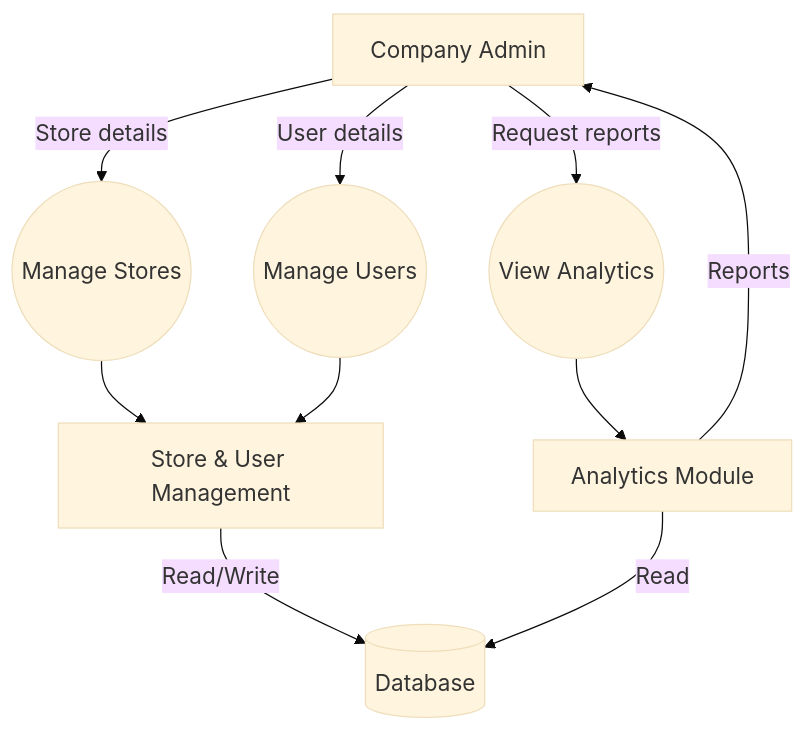
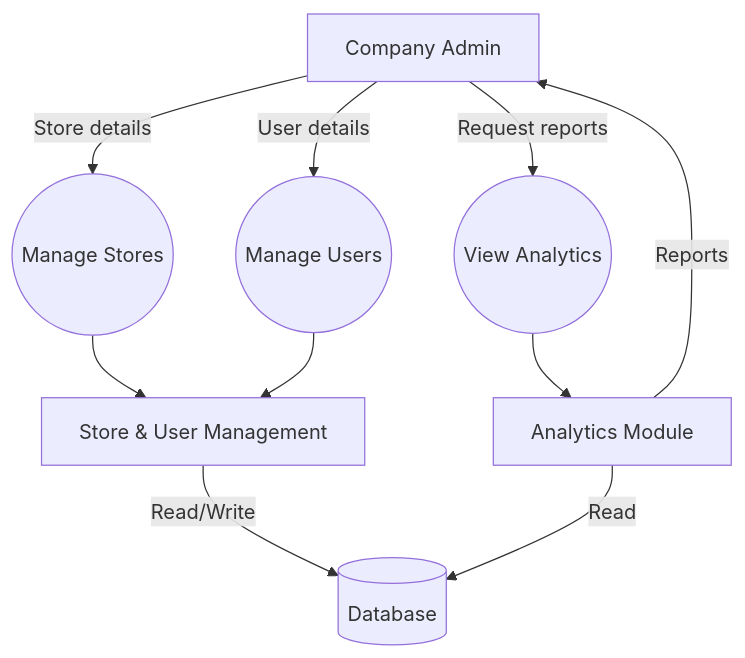
Before and after one commit to rohitagarwal-gkmit/retailpulse-docs: the first of 5 diagrams in docs/technical/data_flow.md, drawn with Mermaid. The commit also changed other lines of this file and 6 other files, not shown here.

````diff
--- a/docs/technical/data_flow.md
+++ b/docs/technical/data_flow.md
@@ -11,15 +11,14 @@
 ```mermaid
-%%{init: {'theme':'base', 'themeVariables': { 'fontSize':'18px', 'fontFamily':'Arial'}}}%%
 flowchart TD
     Admin[Company Admin] -->|Store details| P1((Manage Stores))
     P1 --> Mgmt[Store & User Management]
     Mgmt -->|Read/Write| DB[(Database)]
     
     Admin -->|User details| P2((Manage Users))
     P2 --> Mgmt
     
     Admin -->|Request reports| P3((View Analytics))
     P3 --> Anal[Analytics Module]
     Anal -->|Read| DB
     Anal -->|Reports| Admin
 ```
````
